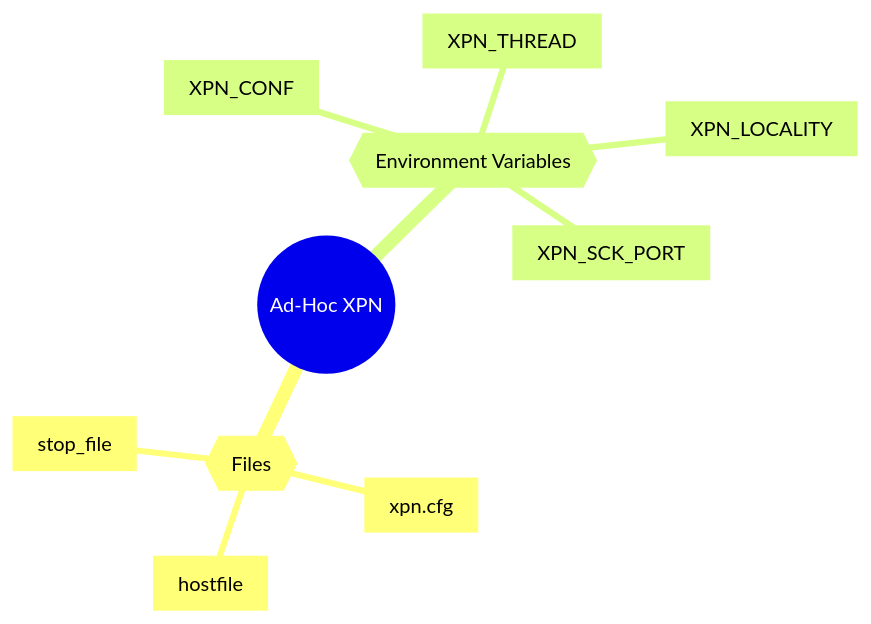
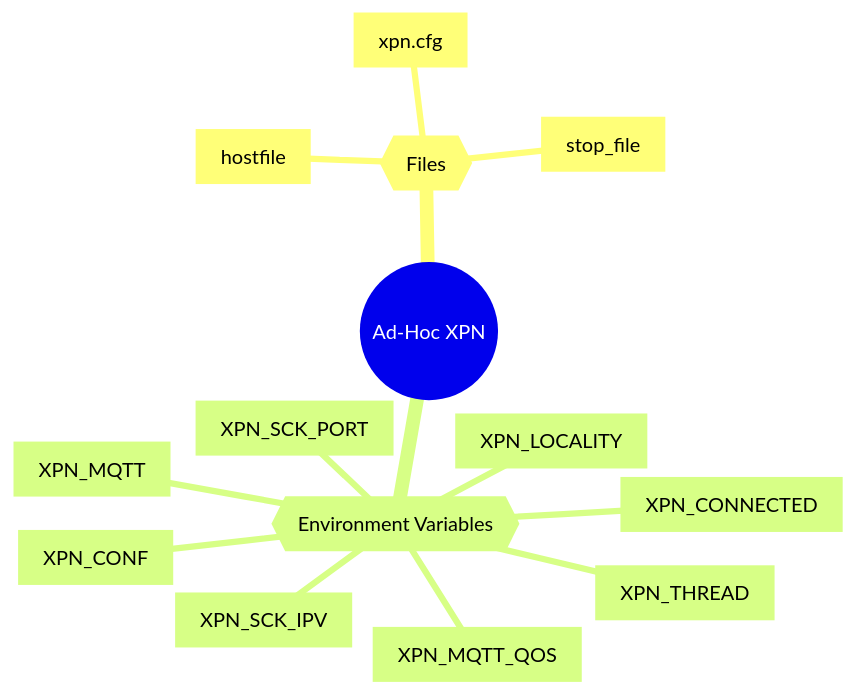
One commit to xpn-arcos/xpn changed the third of 4 diagrams in README.md. Above: the diagram before and after it, drawn with Mermaid. The commit also changed other lines of this file and 3 other files, not shown here.

````diff
--- a/README.md
+++ b/README.md
@@ -162,14 +166,18 @@
   ```mermaid
   %%{ init : { "theme" : "default", "themeVariables" : { "background" : "#000" }}}%%
   mindmap
   root((Ad-Hoc XPN))
     {{Files}}
         [hostfile]
         [xpn.cfg]
         [stop_file]
     {{Environment Variables}}
         [XPN_CONF]
         [XPN_THREAD]
         [XPN_LOCALITY]
         [XPN_SCK_PORT]
+        [XPN_SCK_IPV]
+        [XPN_CONNECTED]
+        [XPN_MQTT]
+        [XPN_MQTT_QOS]
 ```
````
